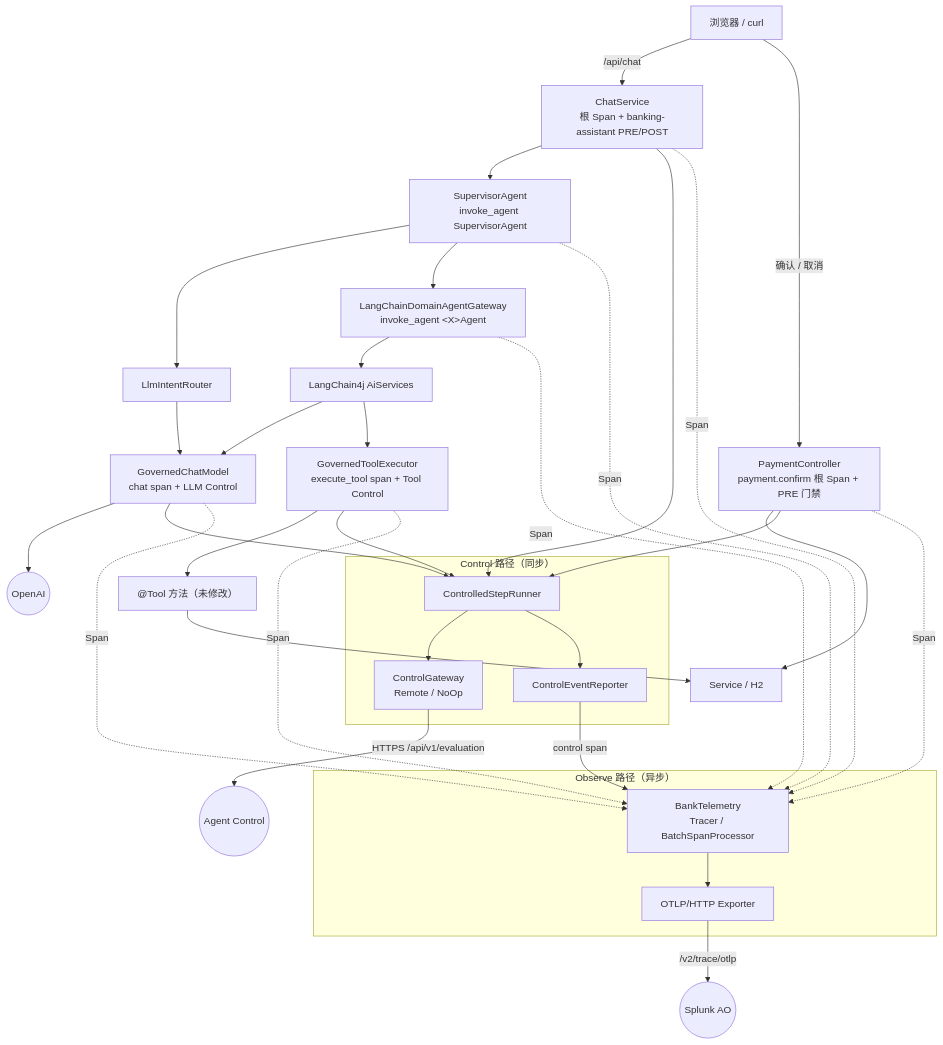
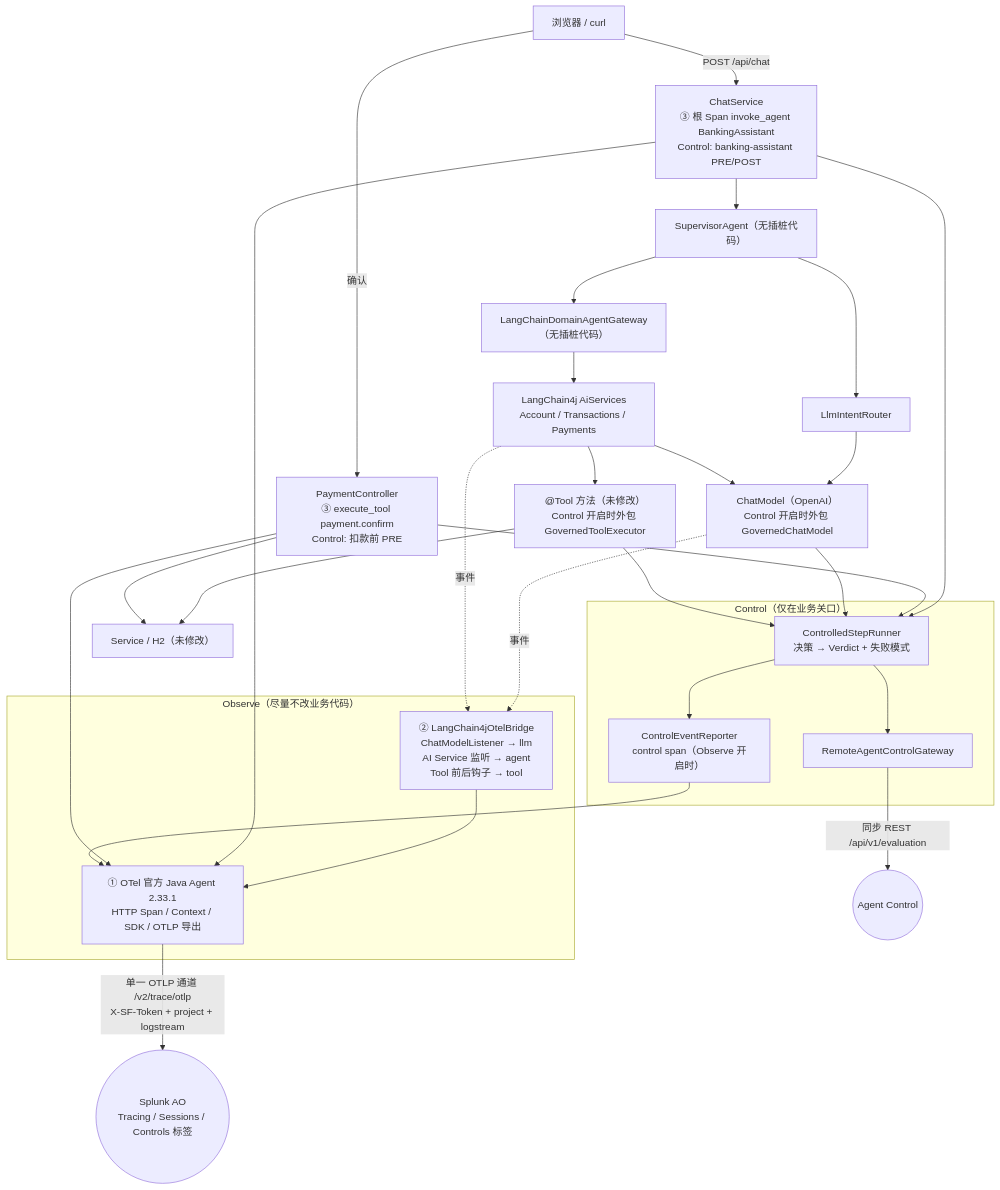
Before and after one commit to highopes/bank-agent-java: the first of 3 diagrams in docs/galileo/ARCHITECTURE.md, drawn with Mermaid. The commit also changed other lines of this file and 61 other files, not shown here.

````diff
--- a/docs/galileo/ARCHITECTURE.md
+++ b/docs/galileo/ARCHITECTURE.md
@@ -12,37 +12,36 @@
 ```mermaid
 flowchart TD
-    B["浏览器 / curl"] -->|"/api/chat"| CS["ChatService<br/>根 Span + banking-assistant PRE/POST"]
-    B -->|"确认 / 取消"| PC["PaymentController<br/>payment.confirm 根 Span + PRE 门禁"]
-    CS --> SUP["SupervisorAgent<br/>invoke_agent SupervisorAgent"]
+    B["浏览器 / curl"] -->|"POST /api/chat"| CS["ChatService<br/>③ 根 Span invoke_agent BankingAssistant<br/>Control: banking-assistant PRE/POST"]
+    B -->|"确认"| PC["PaymentController<br/>③ execute_tool payment.confirm<br/>Control: 扣款前 PRE"]
+    CS --> SUP["SupervisorAgent（无插桩代码）"]
     SUP --> RT["LlmIntentRouter"]
-    SUP --> GW["LangChainDomainAgentGateway<br/>invoke_agent &lt;X&gt;Agent"]
-    GW --> AIS["LangChain4j AiServices"]
-    RT --> GCM["GovernedChatModel<br/>chat span + LLM Control"]
-    AIS --> GCM
-    AIS --> GTE["GovernedToolExecutor<br/>execute_tool span + Tool Control"]
-    GCM --> OAI(("OpenAI"))
-    GTE --> TOOLS["@Tool 方法（未修改）"] --> SVC["Service / H2"]
+    SUP --> GW["LangChainDomainAgentGateway（无插桩代码）"]
+    GW --> AIS["LangChain4j AiServices<br/>Account / Transactions / Payments"]
+    RT --> CM["ChatModel（OpenAI）<br/>Control 开启时外包 GovernedChatModel"]
+    AIS --> CM
+    AIS --> TOOLS["@Tool 方法（未修改）<br/>Control 开启时外包 GovernedToolExecutor"]
+    TOOLS --> SVC["Service / H2（未修改）"]
     PC --> SVC
 
-    subgraph Control["Control 路径（同步）"]
-        RUN["ControlledStepRunner"] --> GWC["ControlGateway<br/>Remote / NoOp"]
-        RUN --> REP["ControlEventReporter"]
+    subgraph OBS["Observe（尽量不改业务代码）"]
+        BR["② LangChain4jOtelBridge<br/>ChatModelListener → llm<br/>AI Service 监听 → agent<br/>Tool 前后钩子 → tool"]
+        JA["① OTel 官方 Java Agent 2.33.1<br/>HTTP Span / Context / SDK / OTLP 导出"]
+    end
+    CM -.事件.-> BR
+    AIS -.事件.-> BR
+    BR --> JA
+    CS --> JA
+    PC --> JA
+
+    subgraph CTL["Control（仅在业务关口）"]
+        RUN["ControlledStepRunner<br/>决策 → Verdict + 失败模式"] --> GWC["RemoteAgentControlGateway"]
+        RUN --> REP["ControlEventReporter<br/>control span（Observe 开启时）"]
     end
     CS --> RUN
     PC --> RUN
-    GCM --> RUN
-    GTE --> RUN
-    GWC -->|"HTTPS /api/v1/evaluation"| AC(("Agent Control"))
-
-    subgraph Observe["Observe 路径（异步）"]
-        TEL["BankTelemetry<br/>Tracer / BatchSpanProcessor"] --> EXP["OTLP/HTTP Exporter"]
-    end
-    REP -->|control span| TEL
-    CS -.Span.-> TEL
-    SUP -.Span.-> TEL
-    GW -.Span.-> TEL
-    GCM -.Span.-> TEL
-    GTE -.Span.-> TEL
-    PC -.Span.-> TEL
-    EXP -->|"/v2/trace/otlp"| AO(("Splunk AO"))
+    CM --> RUN
+    TOOLS --> RUN
+    GWC -->|"同步 REST /api/v1/evaluation"| AC(("Agent Control"))
+    REP --> JA
+    JA -->|"单一 OTLP 通道 /v2/trace/otlp<br/>X-SF-Token + project + logstream"| AO(("Splunk AO<br/>Tracing / Sessions / Controls 标签"))
 ```
````
